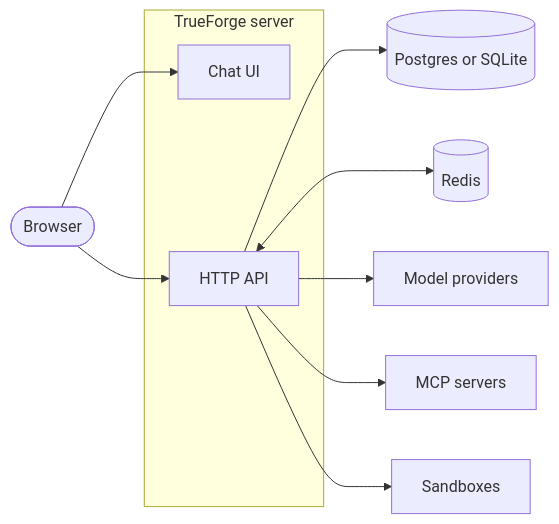
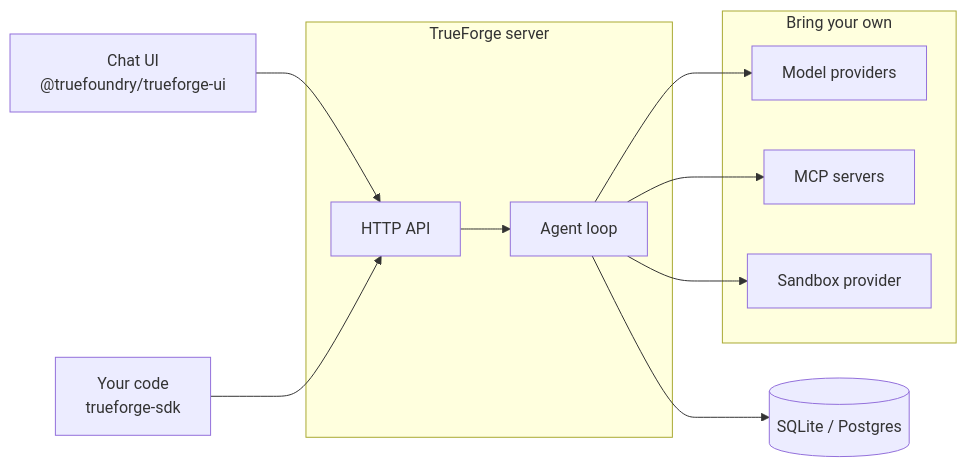
Before and after one commit to Aman-goel-04/trueforge: the diagram in README.md, drawn with Mermaid. The commit also changed other lines of this file and 30 other files, not shown here.

````diff
--- a/README.md
+++ b/README.md
@@ -140,21 +113,23 @@
 ```mermaid
 flowchart LR
-  browser([Browser])
+  ui[Chat UI<br/>@truefoundry/trueforge-ui]
+  code[Your code<br/>trueforge-sdk]
   subgraph server [TrueForge server]
-    ui[Chat UI]
     api[HTTP API]
+    loop[Agent loop]
+    api --> loop
   end
-  db[(Postgres or SQLite)]
-  redis[(Redis)]
-  llm[Model providers]
-  mcp[MCP servers]
-  sandbox[Sandboxes]
+  db[(SQLite / Postgres)]
+  subgraph byo [Bring your own]
+    llm[Model providers]
+    mcp[MCP servers]
+    sandbox[Sandbox provider]
+  end
 
-  browser --> ui
-  browser --> api
-  api --> db
-  api <--> redis
-  api --> llm
-  api --> mcp
-  api --> sandbox
+  ui --> api
+  code --> api
+  loop --> db
+  loop --> llm
+  loop --> mcp
+  loop --> sandbox
 ```
````
